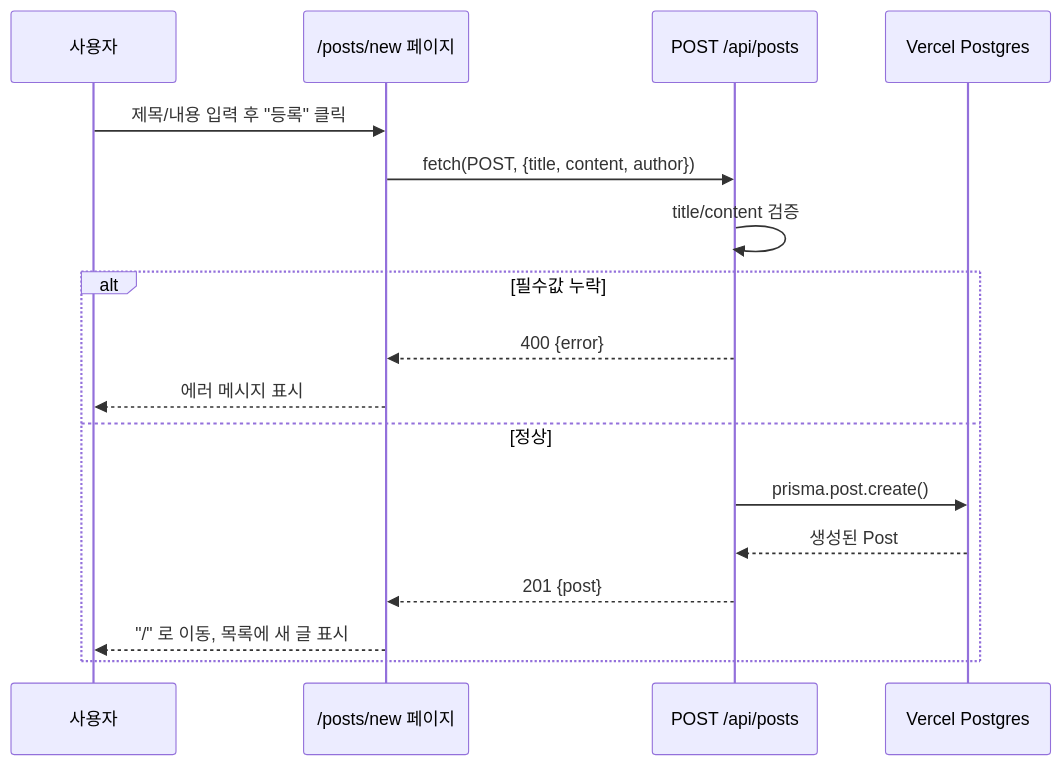
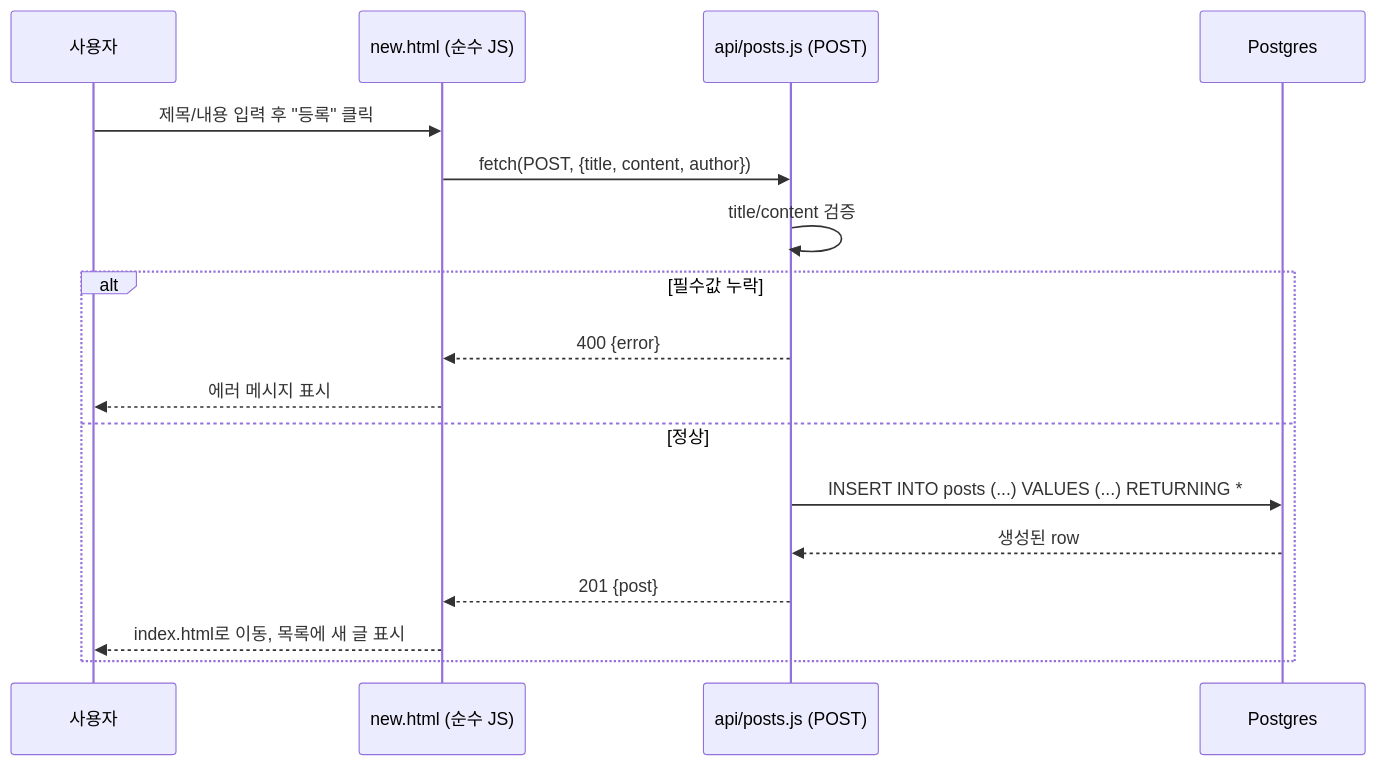
Before and after one commit to ghl0801/crud-board: the second of 4 diagrams in docs/superpowers/specs/2026-07-28-crud-board-design.md, drawn with Mermaid. The commit also changed other lines of this file and 19 other files, not shown here.

Commit message:
chore: discard Next.js scaffold, pivot to plain HTML/CSS/JS + Vercel Functions

````diff
--- a/docs/superpowers/specs/2026-07-28-crud-board-design.md
+++ b/docs/superpowers/specs/2026-07-28-crud-board-design.md
@@ -44,20 +46,20 @@
 ```mermaid
 sequenceDiagram
     participant U as 사용자
-    participant P as /posts/new 페이지
-    participant API as POST /api/posts
-    participant DB as Vercel Postgres
+    participant P as new.html (순수 JS)
+    participant API as api/posts.js (POST)
+    participant DB as Postgres
 
     U->>P: 제목/내용 입력 후 "등록" 클릭
     P->>API: fetch(POST, {title, content, author})
     API->>API: title/content 검증
     alt 필수값 누락
         API-->>P: 400 {error}
         P-->>U: 에러 메시지 표시
     else 정상
-        API->>DB: prisma.post.create()
-        DB-->>API: 생성된 Post
+        API->>DB: INSERT INTO posts (...) VALUES (...) RETURNING *
+        DB-->>API: 생성된 row
         API-->>P: 201 {post}
-        P-->>U: "/" 로 이동, 목록에 새 글 표시
+        P-->>U: index.html로 이동, 목록에 새 글 표시
     end
 ```
````
